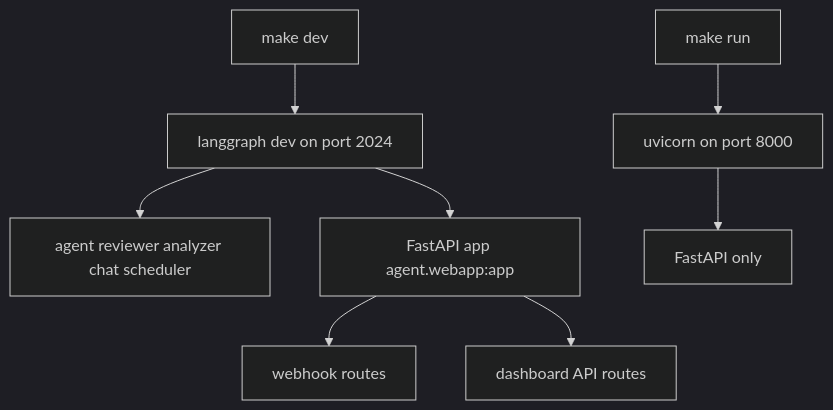
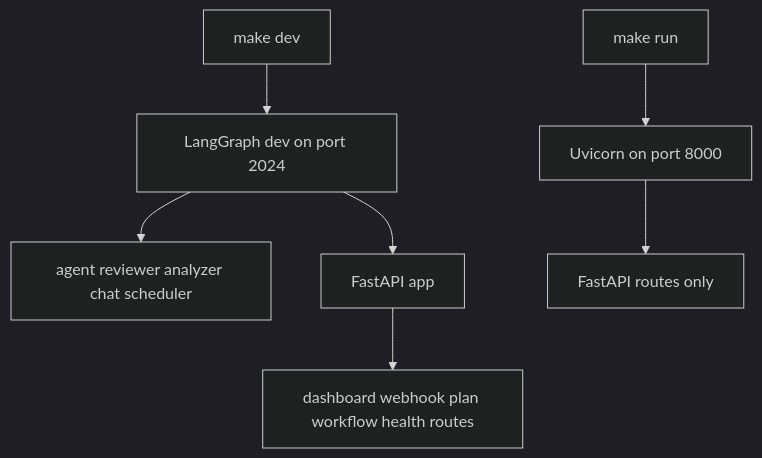
One commit to langchain-ai/open-swe changed the first of 2 diagrams in openwiki/operations/deployment.md. Above: the diagram before and after it, drawn with Mermaid (dark theme). The commit also changed other lines of this file and 52 other files, not shown here.

````diff
--- a/openwiki/operations/deployment.md
+++ b/openwiki/operations/deployment.md
@@ -72,10 +87,9 @@
 ```mermaid
 flowchart TD
-  Dev["make dev"] --> Runtime["langgraph dev on port 2024"]
+  Dev["make dev"] --> Runtime["LangGraph dev on port 2024"]
   Runtime --> Graphs["agent reviewer analyzer chat scheduler"]
-  Runtime --> App["FastAPI app agent.webapp:app"]
-  App --> Hooks["webhook routes"]
-  App --> Dashboard["dashboard API routes"]
-  Direct["make run"] --> Uvicorn["uvicorn on port 8000"]
-  Uvicorn --> HttpOnly["FastAPI only"]
+  Runtime --> App["FastAPI app"]
+  App --> Http["dashboard webhook plan workflow health routes"]
+  Run["make run"] --> Uvicorn["Uvicorn on port 8000"]
+  Uvicorn --> FastAPI["FastAPI routes only"]
 ```
````
